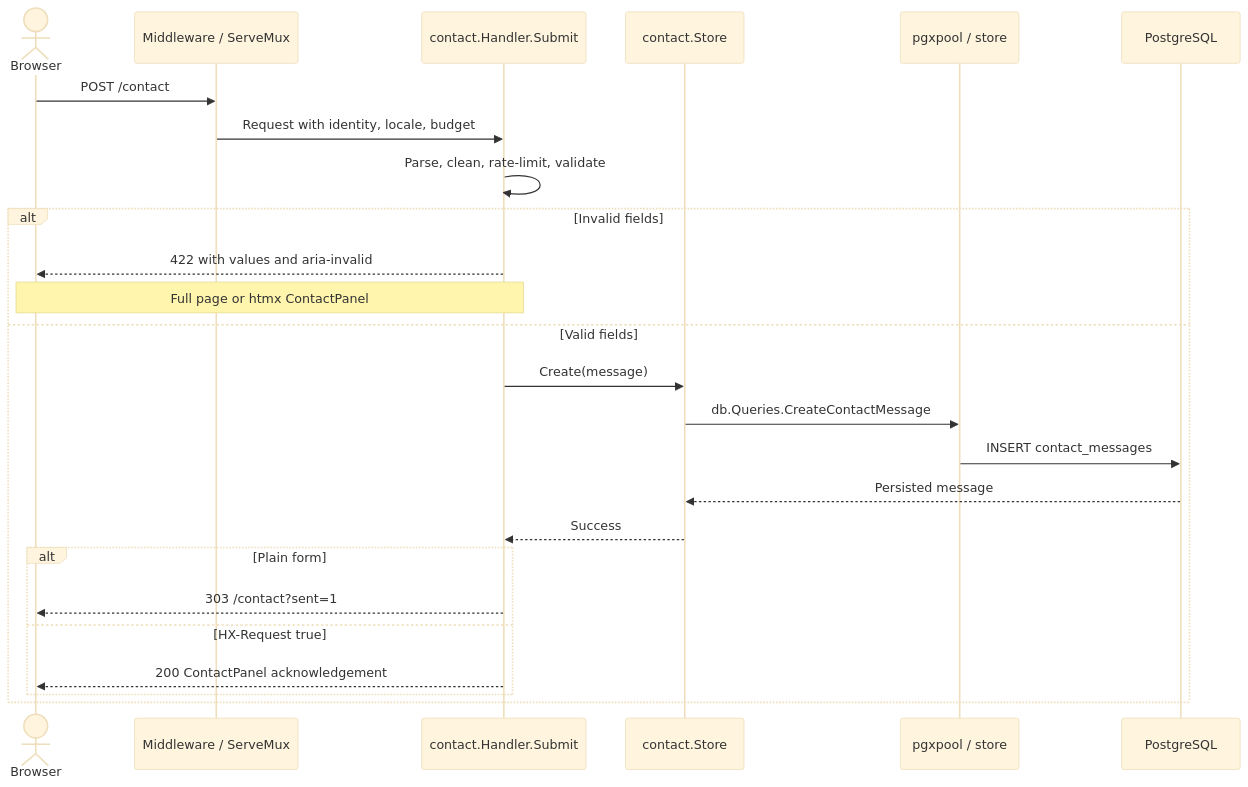
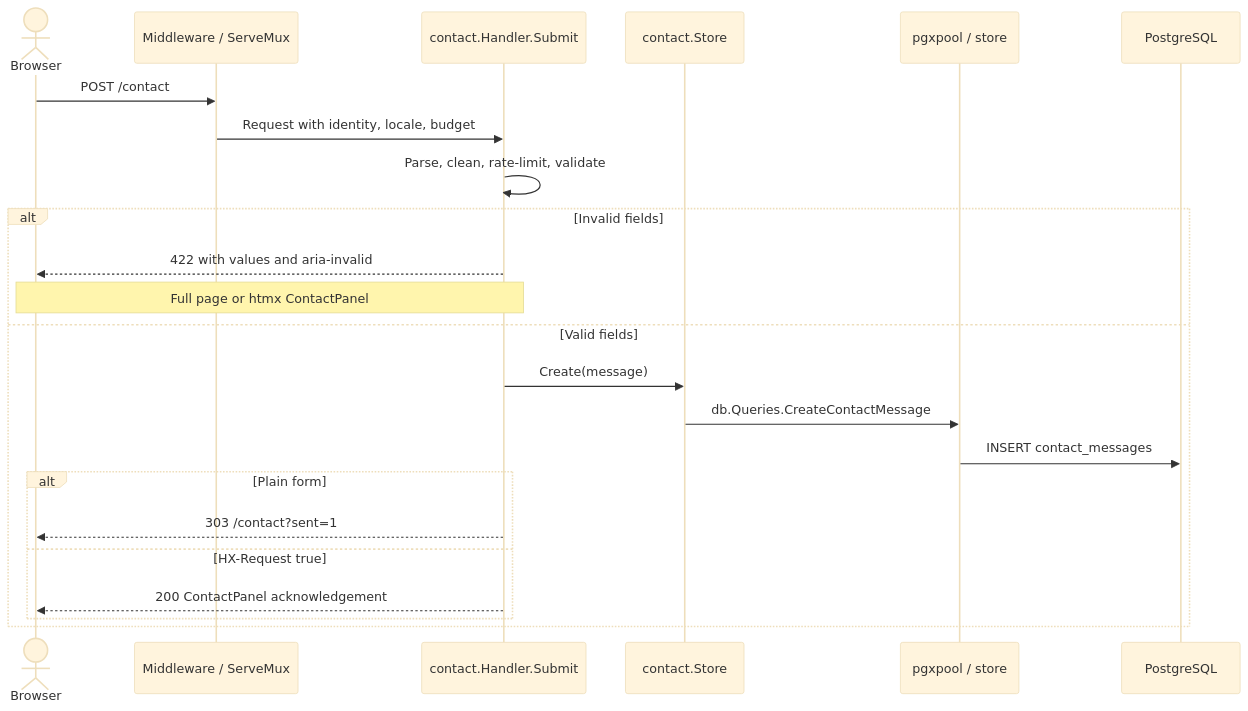
The third of 9 diagrams in ARCHITECTURE.md (Koopa0/goen), drawn with Mermaid (base theme) before and after one commit. The commit also changed other lines of this file, not shown here.

Commit message:
docs: clarify architecture boundaries and flows

````diff
--- a/ARCHITECTURE.md
+++ b/ARCHITECTURE.md
@@ -107,27 +125,25 @@
 ```mermaid
 sequenceDiagram
     actor Browser
     participant MW as Middleware / ServeMux
     participant H as contact.Handler.Submit
     participant S as contact.Store
     participant Pool as pgxpool / store
     participant DB as PostgreSQL
     Browser->>MW: POST /contact
     MW->>H: Request with identity, locale, budget
     H->>H: Parse, clean, rate-limit, validate
     alt Invalid fields
         H-->>Browser: 422 with values and aria-invalid
         Note over Browser,H: Full page or htmx ContactPanel
     else Valid fields
         H->>S: Create(message)
         S->>Pool: db.Queries.CreateContactMessage
         Pool->>DB: INSERT contact_messages
-        DB-->>S: Persisted message
-        S-->>H: Success
         alt Plain form
             H-->>Browser: 303 /contact?sent=1
         else HX-Request true
             H-->>Browser: 200 ContactPanel acknowledgement
         end
     end
 ```
````
